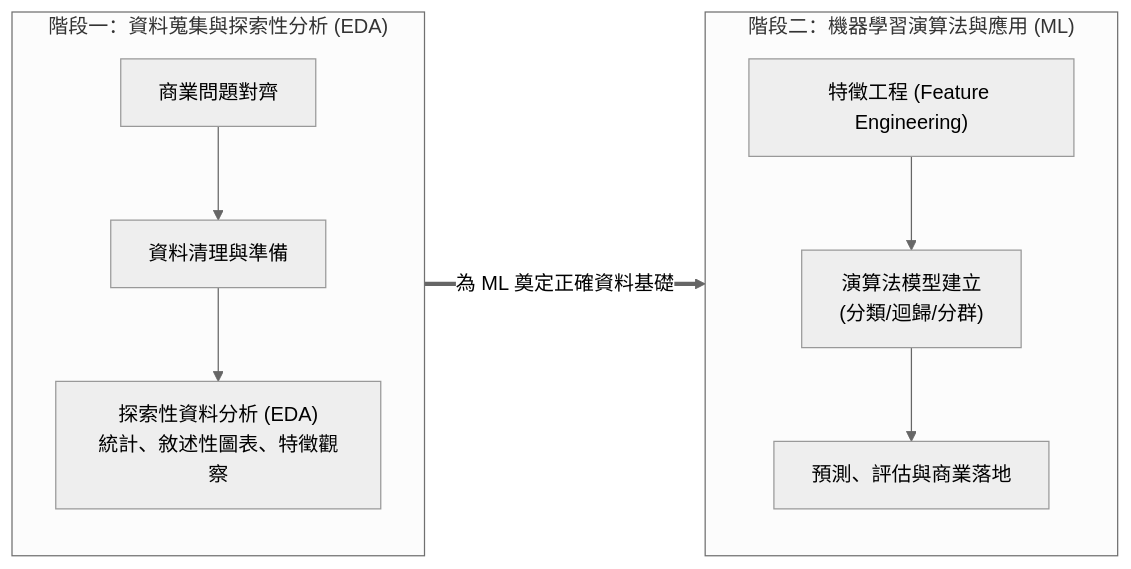
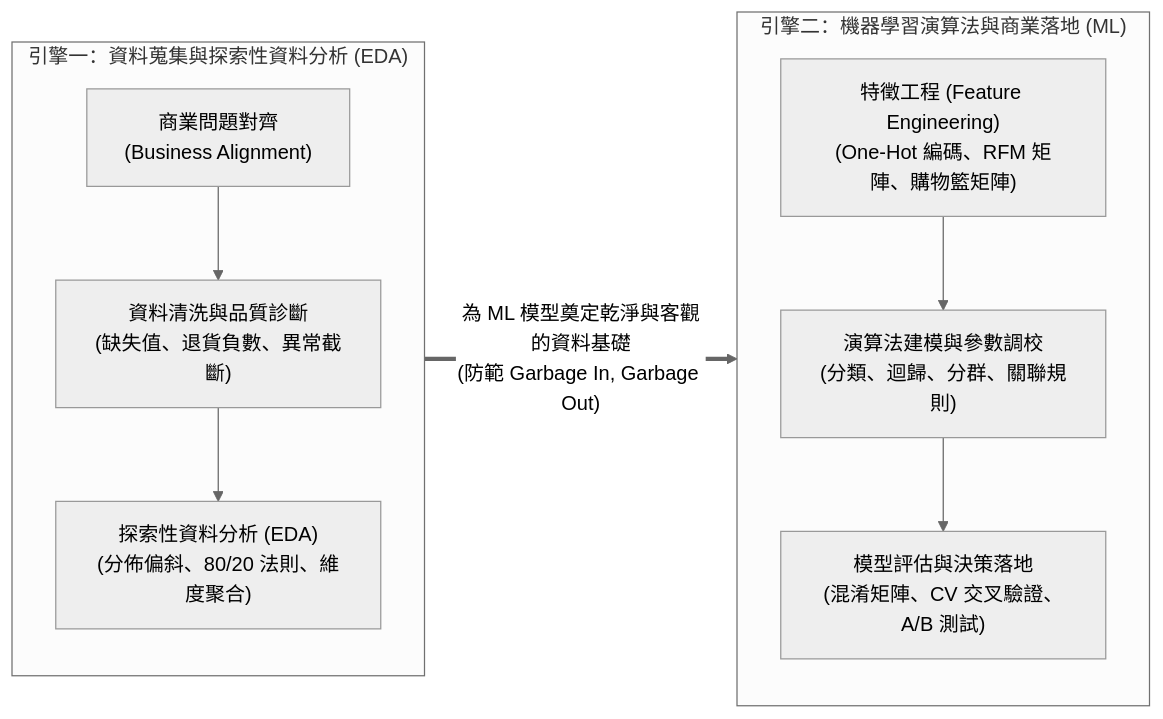
One commit to sungchien/E-Commerce_SHU changed the seventh of 9 diagrams in 01_課程介紹.md. Above: the diagram before and after it, drawn with Mermaid (neutral theme). The commit also changed other lines of this file and 16 other files, not shown here.

````diff
--- a/01_課程介紹.md
+++ b/01_課程介紹.md
@@ -252,10 +345,16 @@
 ```mermaid
 flowchart LR
-    subgraph Phase1["階段一：資料蒐集與探索性分析 (EDA)"]
-        A["商業問題對齊"] --> B["資料清理與準備"] --> C["探索性資料分析 (EDA)<br/>統計、敘述性圖表、特徵觀察"]
+    subgraph Engine1["引擎一：資料蒐集與探索性資料分析 (EDA)"]
+        direction TB
+        E1_A["商業問題對齊<br/>(Business Alignment)"] --> E1_B["資料清洗與品質診斷<br/>(缺失值、退貨負數、異常截斷)"]
+        E1_B --> E1_C["探索性資料分析 (EDA)<br/>(分佈偏斜、80/20 法則、維度聚合)"]
     end
-    subgraph Phase2["階段二：機器學習演算法與應用 (ML)"]
-        D["特徵工程 (Feature Engineering)"] --> E["演算法模型建立<br/>(分類/迴歸/分群)"] --> F["預測、評估與商業落地"]
+
+    subgraph Engine2["引擎二：機器學習演算法與商業落地 (ML)"]
+        direction TB
+        E2_A["特徵工程 (Feature Engineering)<br/>(One-Hot 編碼、RFM 矩陣、購物籃矩陣)"] --> E2_B["演算法建模與參數調校<br/>(分類、迴歸、分群、關聯規則)"]
+        E2_B --> E2_C["模型評估與決策落地<br/>(混淆矩陣、CV 交叉驗證、A/B 測試)"]
     end
-    Phase1 ==>|"為 ML 奠定正確資料基礎"| Phase2
+
+    Engine1 ==>|"為 ML 模型奠定乾淨與客觀的資料基礎<br/>(防範 Garbage In, Garbage Out)"| Engine2
 ```
````
